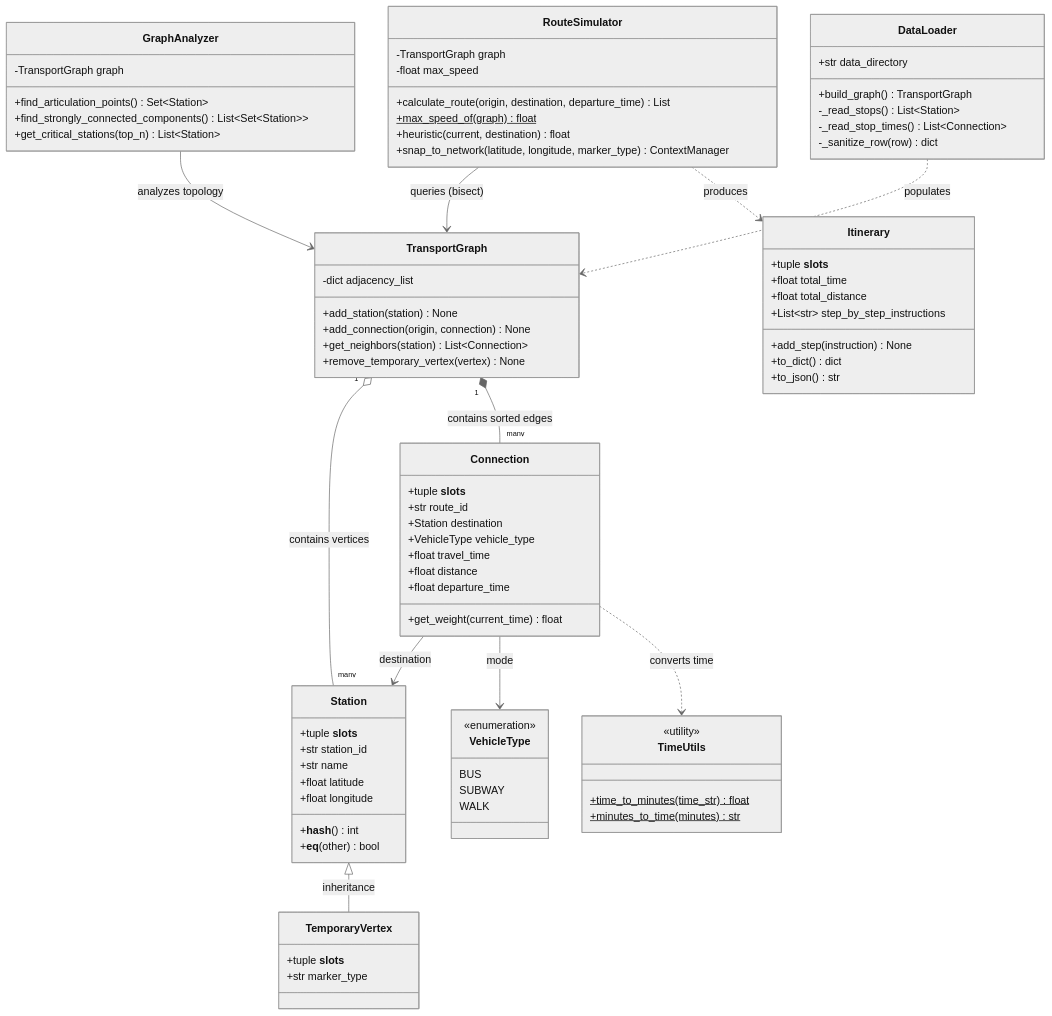
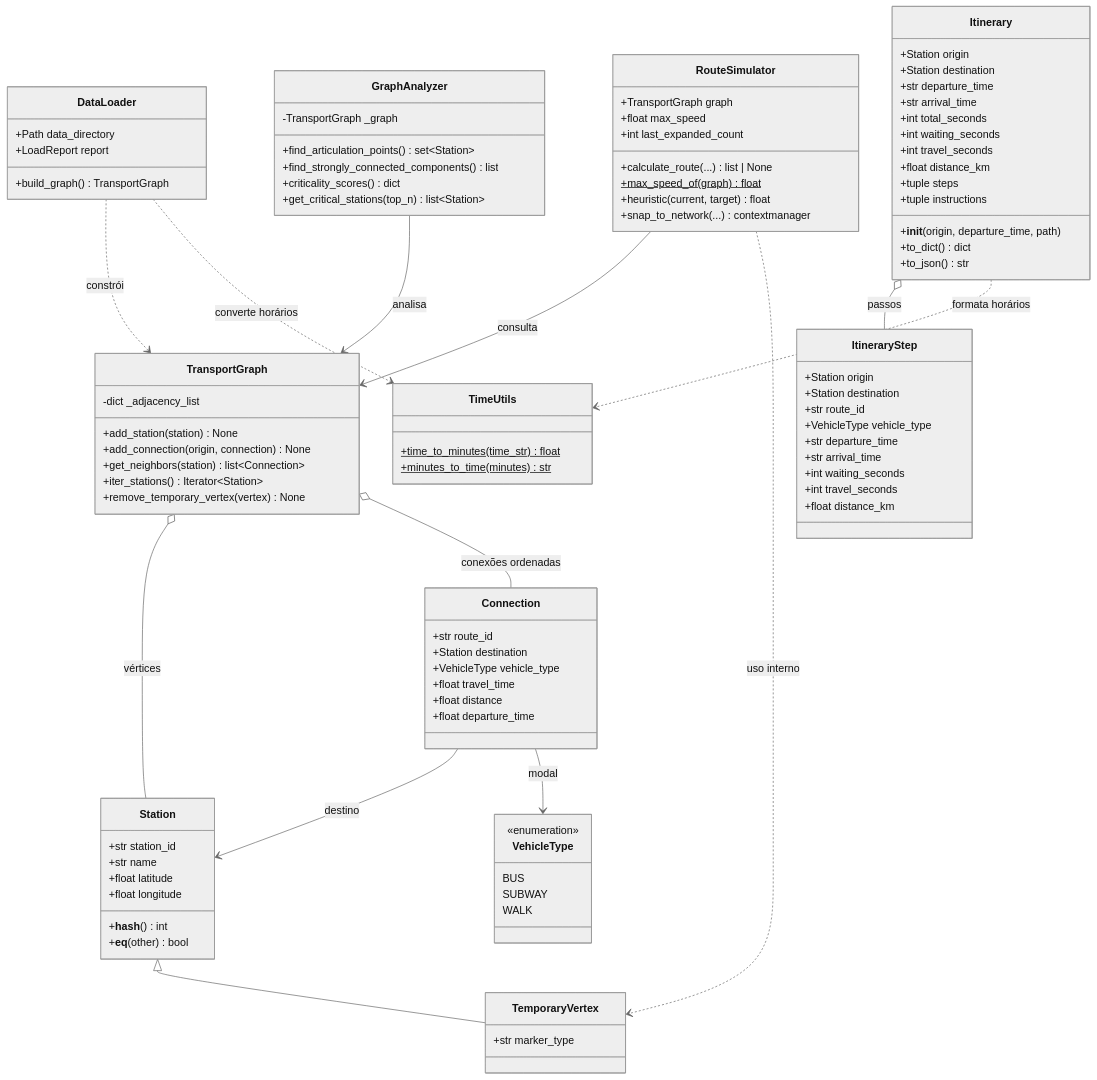
One commit to Luizfmaia10-dev/TP-Grafos changed the diagram in Artefatos/Diagramas/diagrama-classes.md. Above: the diagram before and after it, drawn with Mermaid (neutral theme). The commit also changed other lines of this file and 39 other files, not shown here.

Commit message:
docs(arquitetura): atualize diagramas e contratos do sistema

````diff
--- a/Artefatos/Diagramas/diagrama-classes.md
+++ b/Artefatos/Diagramas/diagrama-classes.md
@@ -5,14 +5,6 @@
 ```mermaid
 classDiagram
-    class VehicleType {
-        <<enumeration>>
-        BUS
-        SUBWAY
-        WALK
-    }
-
     class Station {
-        +tuple __slots__
         +str station_id
         +str name
         +float latitude
@@ -20,80 +12,92 @@
         +__hash__() int
         +__eq__(other) bool
     }
-
     class TemporaryVertex {
-        +tuple __slots__
         +str marker_type
     }
-
+    class VehicleType {
+        <<enumeration>>
+        BUS
+        SUBWAY
+        WALK
+    }
     class Connection {
-        +tuple __slots__
         +str route_id
         +Station destination
         +VehicleType vehicle_type
         +float travel_time
         +float distance
         +float departure_time
-        +get_weight(current_time) float
     }
-
     class TransportGraph {
-        -dict adjacency_list
+        -dict _adjacency_list
         +add_station(station) None
         +add_connection(origin, connection) None
-        +get_neighbors(station) List~Connection~
+        +get_neighbors(station) list~Connection~
+        +iter_stations() Iterator~Station~
         +remove_temporary_vertex(vertex) None
     }
-
     class DataLoader {
-        +str data_directory
+        +Path data_directory
+        +LoadReport report
         +build_graph() TransportGraph
-        -_read_stops() List~Station~
-        -_read_stop_times() List~Connection~
-        -_sanitize_row(row) dict
     }
-
     class Itinerary {
-        +tuple __slots__
-        +float total_time
-        +float total_distance
-        +List~str~ step_by_step_instructions
-        +add_step(instruction) None
+        +Station origin
+        +Station destination
+        +str departure_time
+        +str arrival_time
+        +int total_seconds
+        +int waiting_seconds
+        +int travel_seconds
+        +float distance_km
+        +tuple steps
+        +tuple instructions
+        +__init__(origin, departure_time, path)
         +to_dict() dict
         +to_json() str
     }
-
+    class ItineraryStep {
+        +Station origin
+        +Station destination
+        +str route_id
+        +VehicleType vehicle_type
+        +str departure_time
+        +str arrival_time
+        +int waiting_seconds
+        +int travel_seconds
+        +float distance_km
+    }
     class TimeUtils {
-        <<utility>>
         +time_to_minutes(time_str)$ float
         +minutes_to_time(minutes)$ str
     }
-
     class RouteSimulator {
-        -TransportGraph graph
-        -float max_speed
-        +calculate_route(origin, destination, departure_time) List
+        +TransportGraph graph
+        +float max_speed
+        +int last_expanded_count
+        +calculate_route(...) list | None
         +max_speed_of(graph)$ float
-        +heuristic(current, destination) float
-        +snap_to_network(latitude, longitude, marker_type) ContextManager
+        +heuristic(current, target) float
+        +snap_to_network(...) contextmanager
     }
-
     class GraphAnalyzer {
-        -TransportGraph graph
-        +find_articulation_points() Set~Station~
-        +find_strongly_connected_components() List~Set~Station~~
-        +get_critical_stations(top_n) List~Station~
+        -TransportGraph _graph
+        +find_articulation_points() set~Station~
+        +find_strongly_connected_components() list
+        +criticality_scores() dict
+        +get_critical_stations(top_n) list~Station~
     }
-
-    %% Relationships
-    Station <|-- TemporaryVertex : inheritance
-    Connection --> Station : destination
-    Connection --> VehicleType : mode
-    TransportGraph "1" o-- "many" Station : contains vertices
-    TransportGraph "1" *-- "many" Connection : contains sorted edges
-    RouteSimulator --> TransportGraph : queries (bisect)
-    RouteSimulator ..> Itinerary : produces
-    GraphAnalyzer --> TransportGraph : analyzes topology
-    DataLoader ..> TransportGraph : populates
-    Connection ..> TimeUtils : converts time
+    Station <|-- TemporaryVertex
+    Connection --> Station : destino
+    Connection --> VehicleType : modal
+    TransportGraph o-- Station : vértices
+    TransportGraph o-- Connection : conexões ordenadas
+    DataLoader ..> TransportGraph : constrói
+    DataLoader ..> TimeUtils : converte horários
+    RouteSimulator --> TransportGraph : consulta
+    RouteSimulator ..> TemporaryVertex : uso interno
+    GraphAnalyzer --> TransportGraph : analisa
+    Itinerary o-- ItineraryStep : passos
+    Itinerary ..> TimeUtils : formata horários
 ```
````
